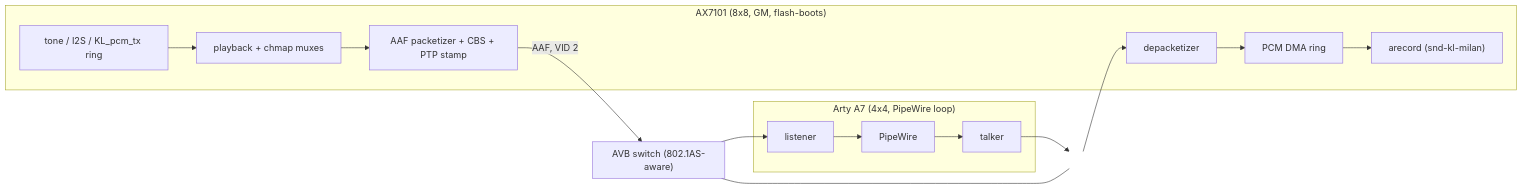
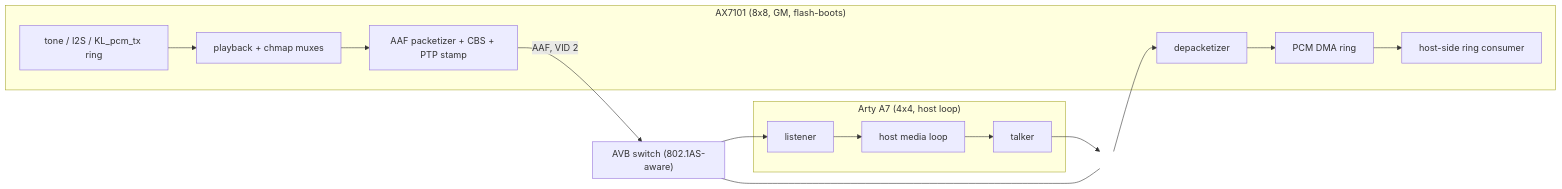
One commit to kebag-logic/milan-fpga changed the first of 2 diagrams in docs/SYSTEMS_ENGINEER_GUIDE.md. Above: the diagram before and after it, drawn with Mermaid. The commit also changed other lines of this file and 4 other files, not shown here.

````diff
--- a/docs/SYSTEMS_ENGINEER_GUIDE.md
+++ b/docs/SYSTEMS_ENGINEER_GUIDE.md
@@ -62,16 +62,16 @@
 ```mermaid
 flowchart LR
     subgraph AX["AX7101 (8x8, GM, flash-boots)"]
         TONE[tone / I2S / KL_pcm_tx ring] --> TXMUX[playback + chmap muxes] --> PKT[AAF packetizer + CBS + PTP stamp]
-        RXD[depacketizer] --> RING[PCM DMA ring] --> ALSA["arecord (snd-kl-milan)"]
+        RXD[depacketizer] --> RING[PCM DMA ring] --> CONS["host-side ring consumer"]
     end
     subgraph SW["AVB switch (802.1AS-aware)"]
     end
-    subgraph ARTY["Arty A7 (4x4, PipeWire loop)"]
-        ARX[listener] --> PW[PipeWire] --> ATX[talker]
+    subgraph ARTY["Arty A7 (4x4, host loop)"]
+        ARX[listener] --> PW[host media loop] --> ATX[talker]
     end
     PKT -->|"AAF, VID 2"| SW --> ARX
     ATX --> SW2[" "]:::hidden --> RXD
     SW --- SW2
     classDef hidden fill:none,stroke:none
 ```
````
